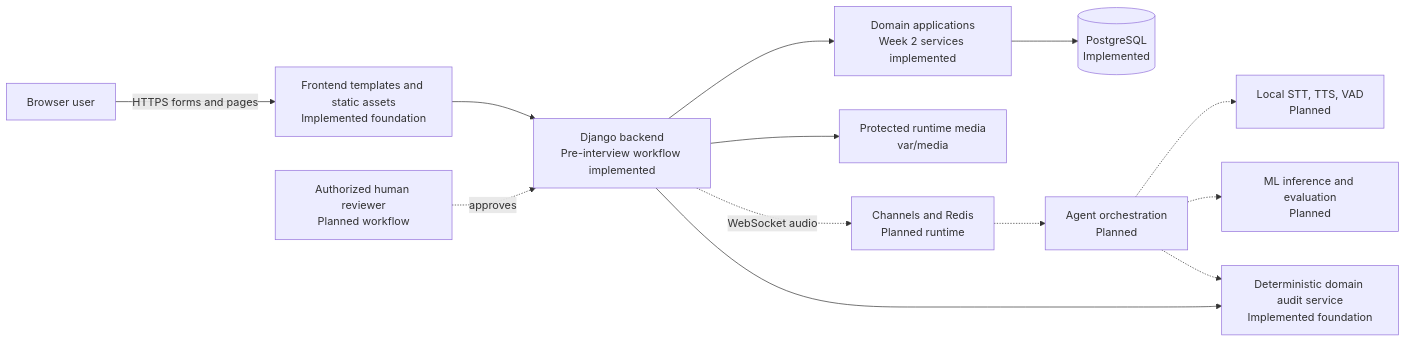
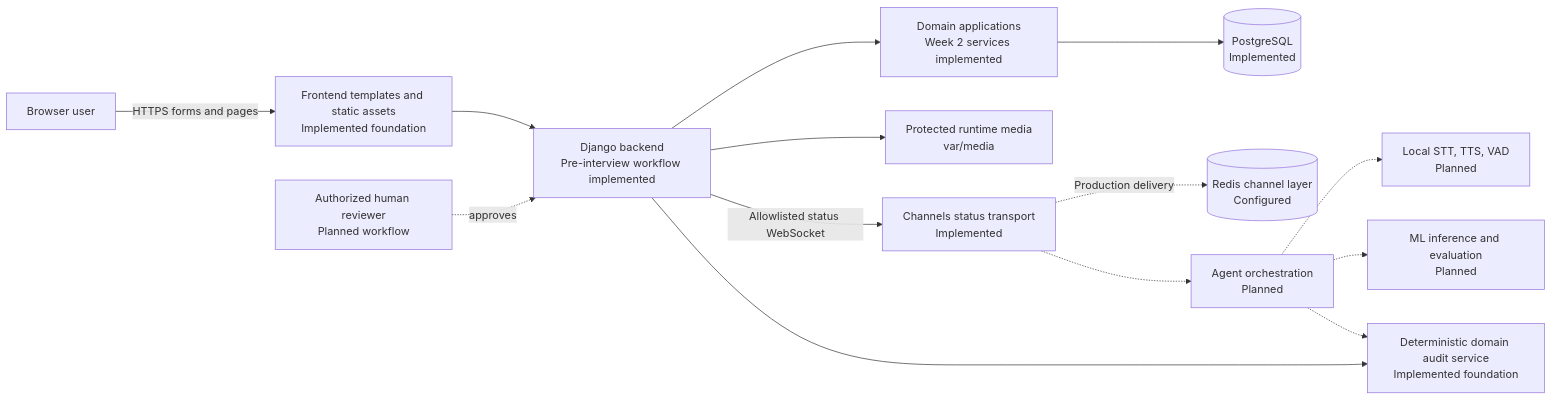
Before and after one commit to hamzadugal21/MultiAgentCaller: the first of 4 diagrams in docs/ARCHITECTURE.md, drawn with Mermaid. The commit also changed other lines of this file and 6 other files, not shown here.

````diff
--- a/docs/ARCHITECTURE.md
+++ b/docs/ARCHITECTURE.md
@@ -13,15 +13,16 @@
 ```mermaid
 flowchart LR
     U[Browser user] -->|HTTPS forms and pages| FE[Frontend templates and static assets<br/>Implemented foundation]
     FE --> DJ[Django backend<br/>Pre-interview workflow implemented]
     DJ --> APPS[Domain applications<br/>Week 2 services implemented]
     APPS --> PG[(PostgreSQL<br/>Implemented)]
     DJ --> MEDIA[Protected runtime media<br/>var/media]
-    DJ -. WebSocket audio .-> CH[Channels and Redis<br/>Planned runtime]
+    DJ -->|Allowlisted status WebSocket| CH[Channels status transport<br/>Implemented]
+    CH -. Production delivery .-> REDIS[(Redis channel layer<br/>Configured)]
     CH -.-> ORCH[Agent orchestration<br/>Planned]
     ORCH -.-> SPEECH[Local STT, TTS, VAD<br/>Planned]
     ORCH -.-> ML[ML inference and evaluation<br/>Planned]
     DJ --> AUDIT[Deterministic domain audit service<br/>Implemented foundation]
     ORCH -.-> AUDIT
     REVIEW[Authorized human reviewer<br/>Planned workflow] -. approves .-> DJ
 ```
````
